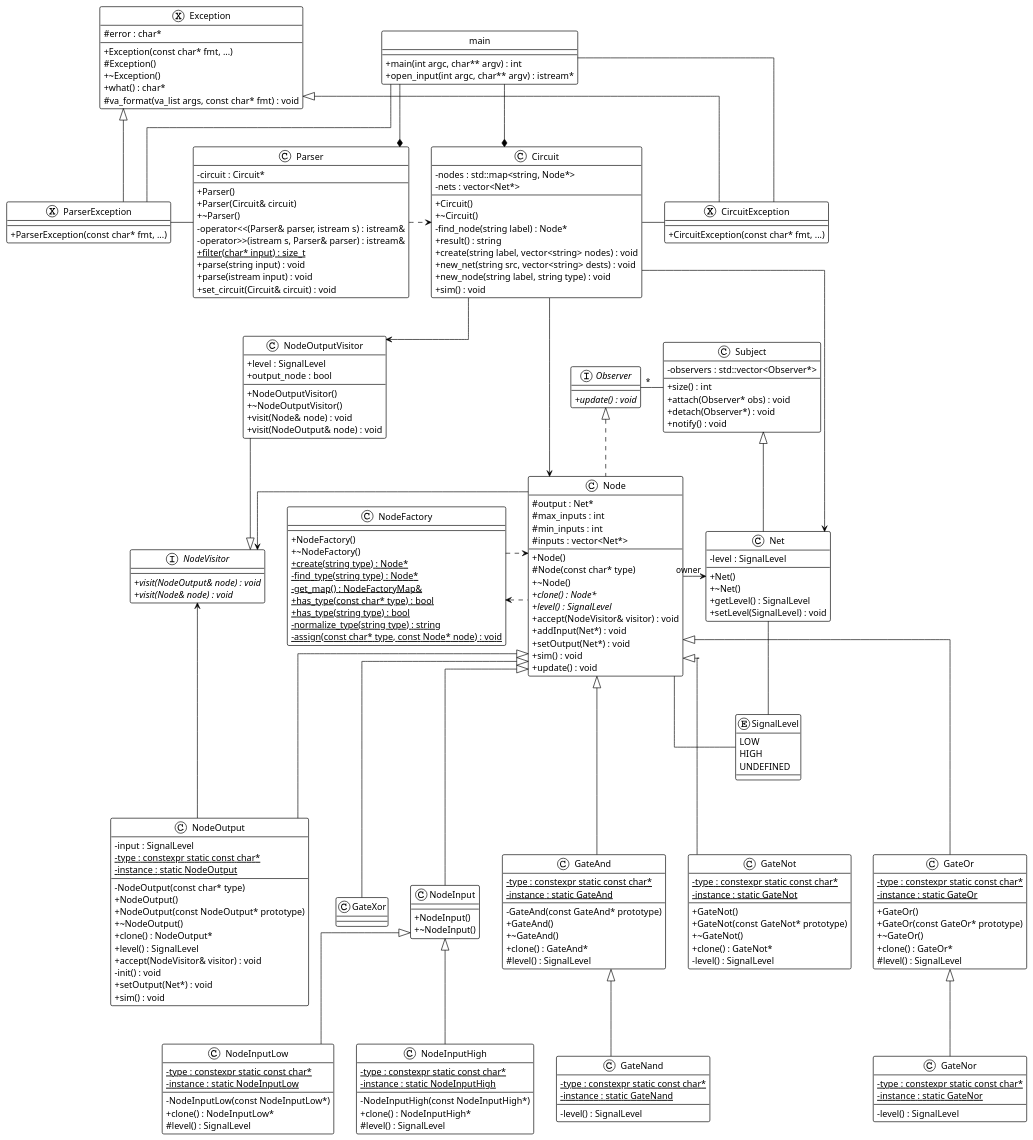
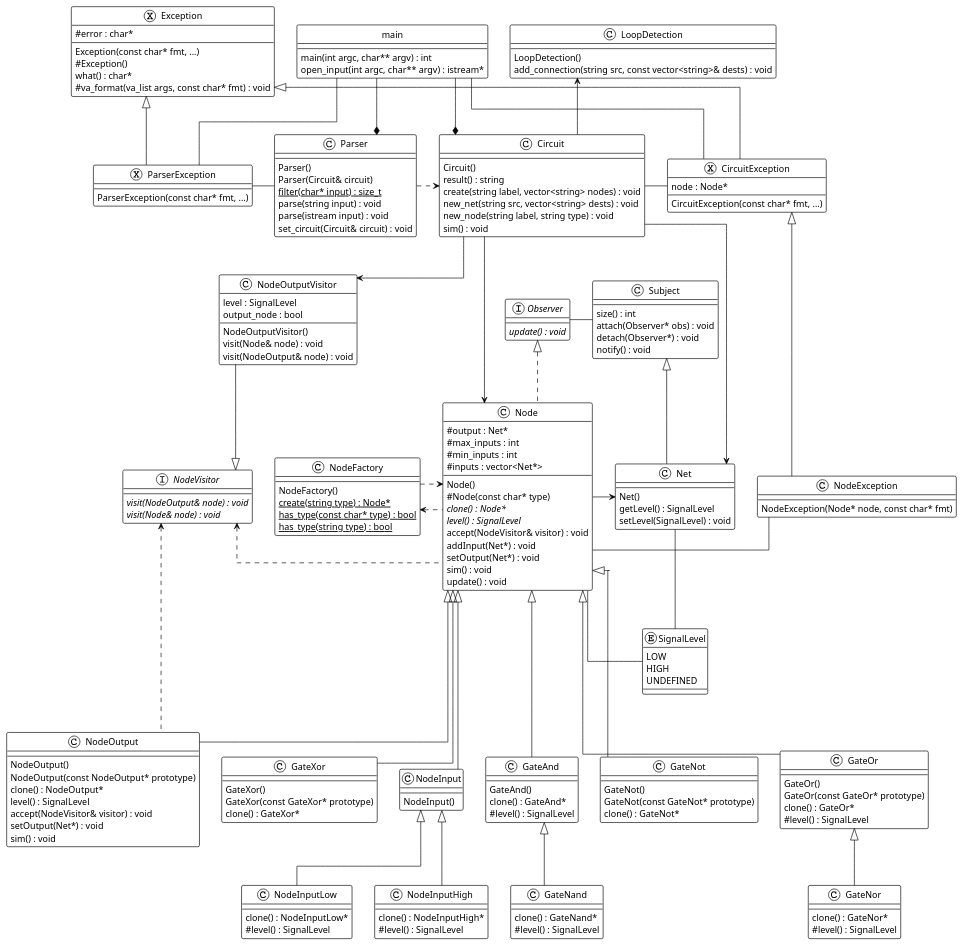
One commit to lonkaars/depa changed the diagram in docs/class-diag.puml. Above: the diagram before and after it, drawn with PlantUML.

Commit message:
class diagram kinda done

```diff
--- a/docs/class-diag.puml
+++ b/docs/class-diag.puml
@@ -5,97 +5,81 @@
 skinparam classAttributeIconSize 0
 
 class main {
-	+main(int argc, char** argv) : int
-	+open_input(int argc, char** argv) : istream*
+	main(int argc, char** argv) : int
+	open_input(int argc, char** argv) : istream*
 }
 hide main circle
 
 class Node { /' (also ConcreteObserver) '/
-	+Node()
+	Node()
 	#Node(const char* type)
-	+~Node()
 	#output : Net*
-	+{abstract} clone() : Node*
-	+{abstract} level() : SignalLevel
+	{abstract} clone() : Node*
+	{abstract} level() : SignalLevel
 	#max_inputs : int
 	#min_inputs : int
 	#inputs : vector<Net*>
-	+accept(NodeVisitor& visitor) : void
-	+addInput(Net*) : void
-	+setOutput(Net*) : void
-	+sim() : void
-	+update() : void
+	accept(NodeVisitor& visitor) : void
+	addInput(Net*) : void
+	setOutput(Net*) : void
+	sim() : void
+	update() : void
 }
 
 class Net { /' (also ConcreteSubject) '/
-	+Net()
-	+~Net()
-	-level : SignalLevel
-	+getLevel() : SignalLevel
-	+setLevel(SignalLevel) : void
+	Net()
+	getLevel() : SignalLevel
+	setLevel(SignalLevel) : void
 }
 
 class Subject {
-	+size() : int
-	-observers : std::vector<Observer*>
-	+attach(Observer* obs) : void
-	+detach(Observer*) : void
-	+notify() : void
+	size() : int
+	attach(Observer* obs) : void
+	detach(Observer*) : void
+	notify() : void
 }
 
 interface Observer {
-	+{abstract} update() : void
+	{abstract} update() : void
 }
 
 class GateAnd {
-	-GateAnd(const GateAnd* prototype)
-	+GateAnd()
-	+~GateAnd()
-	+clone() : GateAnd*
+	GateAnd()
+	clone() : GateAnd*
 	#level() : SignalLevel
-	-{static} type : constexpr static const char*
-	-{static} instance : static GateAnd
 }
 
 class GateNand {
-	-level() : SignalLevel
-	-{static} type : constexpr static const char*
-	-{static} instance : static GateNand
+	clone() : GateNand*
+	#level() : SignalLevel
 }
 
 class GateNor {
-	-level() : SignalLevel
-	-{static} type : constexpr static const char*
-	-{static} instance : static GateNor
+	clone() : GateNor*
+	#level() : SignalLevel
 }
 
 class GateNot {
-	+GateNot()
-	+GateNot(const GateNot* prototype)
-	+~GateNot()
-	+clone() : GateNot*
-	-level() : SignalLevel
-	-{static} type : constexpr static const char*
-	-{static} instance : static GateNot
+	GateNot()
+	GateNot(const GateNot* prototype)
+	clone() : GateNot*
 }
 
 class GateOr {
-	+GateOr()
-	+GateOr(const GateOr* prototype)
-	+~GateOr()
-	+clone() : GateOr*
+	GateOr()
+	GateOr(const GateOr* prototype)
+	clone() : GateOr*
 	#level() : SignalLevel
-	-{static} type : constexpr static const char*
-	-{static} instance : static GateOr
 }
 
 class GateXor {
-
+	GateXor()
+	GateXor(const GateXor* prototype)
+	clone() : GateXor*
 }
 
 class NodeInput {
-	+NodeInput()
-	+~NodeInput()
+	NodeInput()
 }
 
 
@@ -106,104 +90,87 @@
 }
 
 class NodeInputLow {
-	-NodeInputLow(const NodeInputLow*)
-	+clone() : NodeInputLow*
+	clone() : NodeInputLow*
 	#level() : SignalLevel
-	-{static} type : constexpr static const char*
-	-{static} instance : static NodeInputLow
 }
 
 class NodeInputHigh {
-	-NodeInputHigh(const NodeInputHigh*)
-	+clone() : NodeInputHigh*
+	clone() : NodeInputHigh*
 	#level() : SignalLevel
-	-{static} type : constexpr static const char*
-	-{static} instance : static NodeInputHigh
 }
 
 class NodeOutput {
-	-NodeOutput(const char* type)
-	+NodeOutput()
-	+NodeOutput(const NodeOutput* prototype)
-	+~NodeOutput()
-	+clone() : NodeOutput*
-	-input : SignalLevel
-	+level() : SignalLevel
-	-{static} type : constexpr static const char*
-	-{static} instance : static NodeOutput
-	+accept(NodeVisitor& visitor) : void
-	-init() : void
-	+setOutput(Net*) : void
-	+sim() : void
+	NodeOutput()
+	NodeOutput(const NodeOutput* prototype)
+	clone() : NodeOutput*
+	level() : SignalLevel
+	accept(NodeVisitor& visitor) : void
+	setOutput(Net*) : void
+	sim() : void
 }
 
 class NodeOutputVisitor {
-	+NodeOutputVisitor()
-	+~NodeOutputVisitor()
-	+level : SignalLevel
-	+output_node : bool
-	+visit(Node& node) : void
-	+visit(NodeOutput& node) : void
+	NodeOutputVisitor()
+	level : SignalLevel
+	output_node : bool
+	visit(Node& node) : void
+	visit(NodeOutput& node) : void
 }
 
 interface NodeVisitor {
-	+{abstract} visit(NodeOutput& node) : void
-	+{abstract} visit(Node& node) : void
+	{abstract} visit(NodeOutput& node) : void
+	{abstract} visit(Node& node) : void
 }
 
 exception Exception {
-	+Exception(const char* fmt, ...)
+	Exception(const char* fmt, ...)
 	#Exception()
-	+~Exception()
 	#error : char*
-	+what() : char*
+	what() : char*
 	#va_format(va_list args, const char* fmt) : void
 }
 
 exception CircuitException {
-	+CircuitException(const char* fmt, ...)
+	CircuitException(const char* fmt, ...)
+	node : Node*
 }
 
 exception ParserException {
-	+ParserException(const char* fmt, ...)
+	ParserException(const char* fmt, ...)
+}
+
+class NodeException {
+	NodeException(Node* node, const char* fmt)
 }
 
 class Parser {
-	+Parser()
-	+Parser(Circuit& circuit)
-	+~Parser()
-	-circuit : Circuit*
-	-operator<<(Parser& parser, istream s) : istream&
-	-operator>>(istream s, Parser& parser) : istream&
-	+{static} filter(char* input) : size_t
-	+parse(string input) : void
-	+parse(istream input) : void
-	+set_circuit(Circuit& circuit) : void
+	Parser()
+	Parser(Circuit& circuit)
+	{static} filter(char* input) : size_t
+	parse(string input) : void
+	parse(istream input) : void
+	set_circuit(Circuit& circuit) : void
 }
 
 class NodeFactory {
-	+NodeFactory()
-	+~NodeFactory()
-	+{static} create(string type) : Node*
-	-{static} find_type(string type) : Node*
-	-{static} get_map() : NodeFactoryMap&
-	+{static} has_type(const char* type) : bool
-	+{static} has_type(string type) : bool
-	-{static} normalize_type(string type) : string
-	-{static} assign(const char* type, const Node* node) : void
+	NodeFactory()
+	{static} create(string type) : Node*
+	{static} has_type(const char* type) : bool
+	{static} has_type(string type) : bool
 }
 
 class Circuit {
-	+Circuit()
-	+~Circuit()
-	-find_node(string label) : Node*
-	-nodes : std::map<string, Node*>
-	+result() : string
-	-nets : vector<Net*>
-	+create(string label, vector<string> nodes) : void
-	+new_net(string src, vector<string> dests) : void
-	+new_node(string label, string type) : void
-	+sim() : void
+	Circuit()
+	result() : string
+	create(string label, vector<string> nodes) : void
+	new_net(string src, vector<string> dests) : void
+	new_node(string label, string type) : void
+	sim() : void
+}
+
+class LoopDetection {
+	LoopDetection()
+	add_connection(string src, const vector<string>& dests) : void
 }
 
 main --* Parser
@@ -211,9 +178,10 @@
 main -- CircuitException
 main -- ParserException
 NodeOutputVisitor --|> NodeVisitor
-NodeVisitor <- Node
-NodeVisitor <- NodeOutput
-NodeOutputVisitor <-left Circuit
+NodeVisitor <-[dashed] Node
+NodeVisitor <-[dashed] NodeOutput
+NodeOutputVisitor <--up Circuit
+LoopDetection <-- Circuit
 Net -- SignalLevel
 Node -- SignalLevel
 GateAnd <|-- GateNand
@@ -226,15 +194,17 @@
 Node <|--- NodeInput
 NodeInput <|-- NodeInputLow
 NodeInput <|-- NodeInputHigh
-Subject <|-- Net
-Observer <|-[dashed]- Node
-Node -> "owner" Net
-Observer "*" - Subject
+Subject <|--down Net
+Observer <|-[dashed]down-Node
+Observer -right Subject
+Node -right> Net
 Exception <|-- CircuitException
 Exception <|-- ParserException
+CircuitException <|-- NodeException
 Parser -[dashed]> Circuit
 ParserException - Parser
 CircuitException -left Circuit
+NodeException -left- Node
 NodeFactory -[dashed]> Node
 NodeFactory <-[dashed]- Node
 Circuit ---> Net
```
